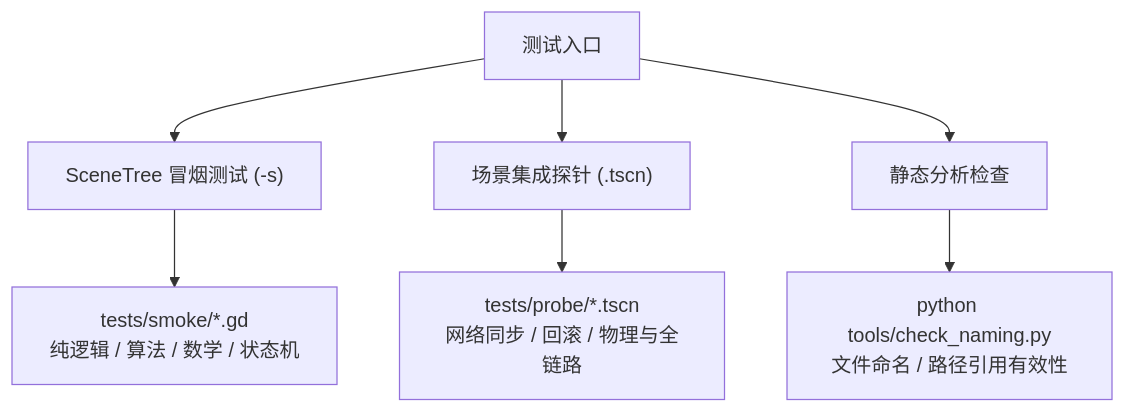
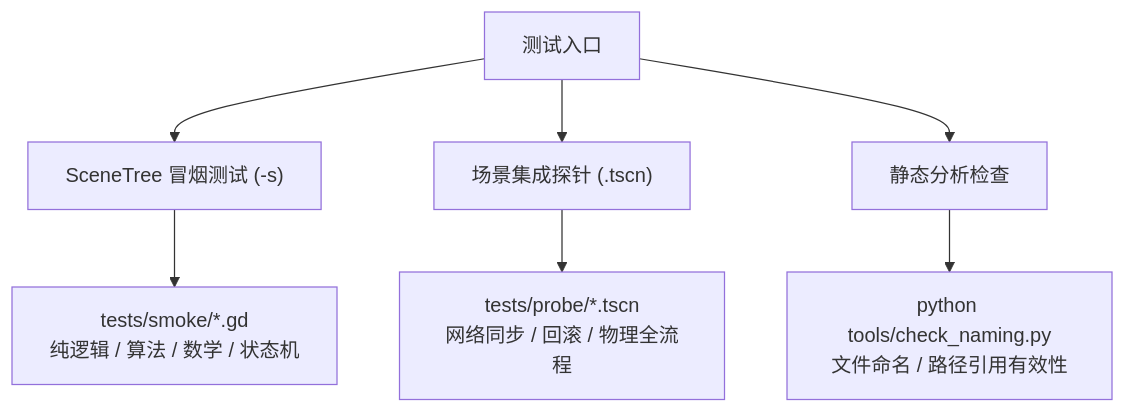
The diagram in docs/eng/tests.md (aleksey-45/the-cyancular-ruins), drawn with Mermaid before and after one commit. The commit also changed other lines of this file and 152 other files, not shown here.

````diff
--- a/docs/eng/tests.md
+++ b/docs/eng/tests.md
@@ -11,10 +11,10 @@
 ```mermaid
 flowchart TD
     A["测试入口"] --> B["SceneTree 冒烟测试 (-s)"]
     A --> C["场景集成探针 (.tscn)"]
     A --> D["静态分析检查"]
     
     B --> B1["tests/smoke/*.gd<br/>纯逻辑 / 算法 / 数学 / 状态机"]
-    C --> C1["tests/probe/*.tscn<br/>网络同步 / 回滚 / 物理与全链路"]
+    C --> C1["tests/probe/*.tscn<br/>网络同步 / 回滚 / 物理全流程"]
     D --> D1["python tools/check_naming.py<br/>文件命名 / 路径引用有效性"]
 ```
````
